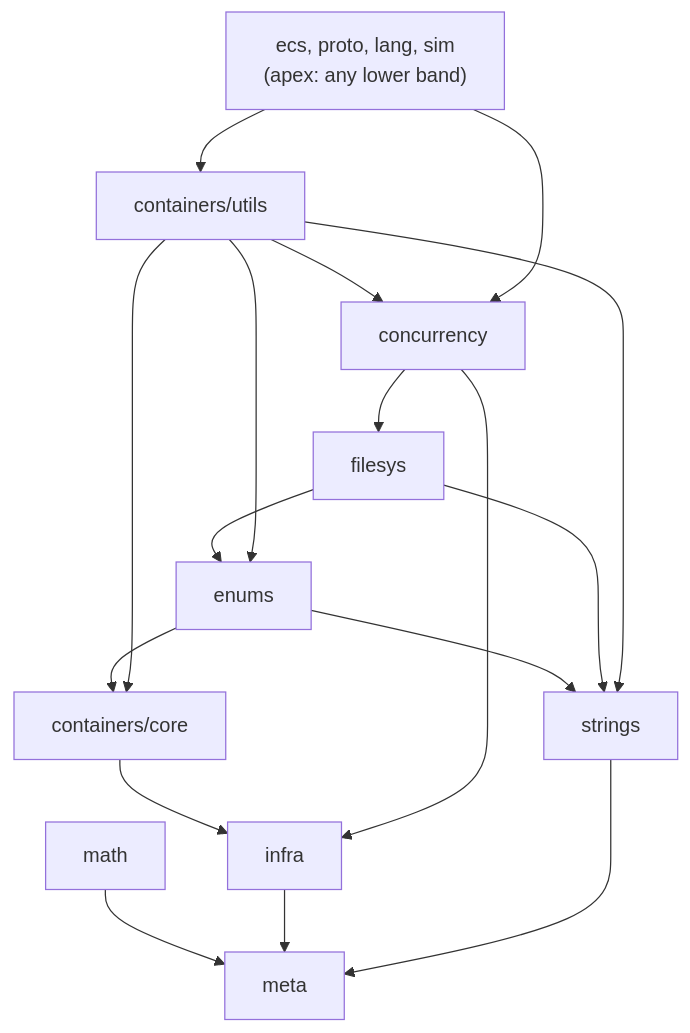
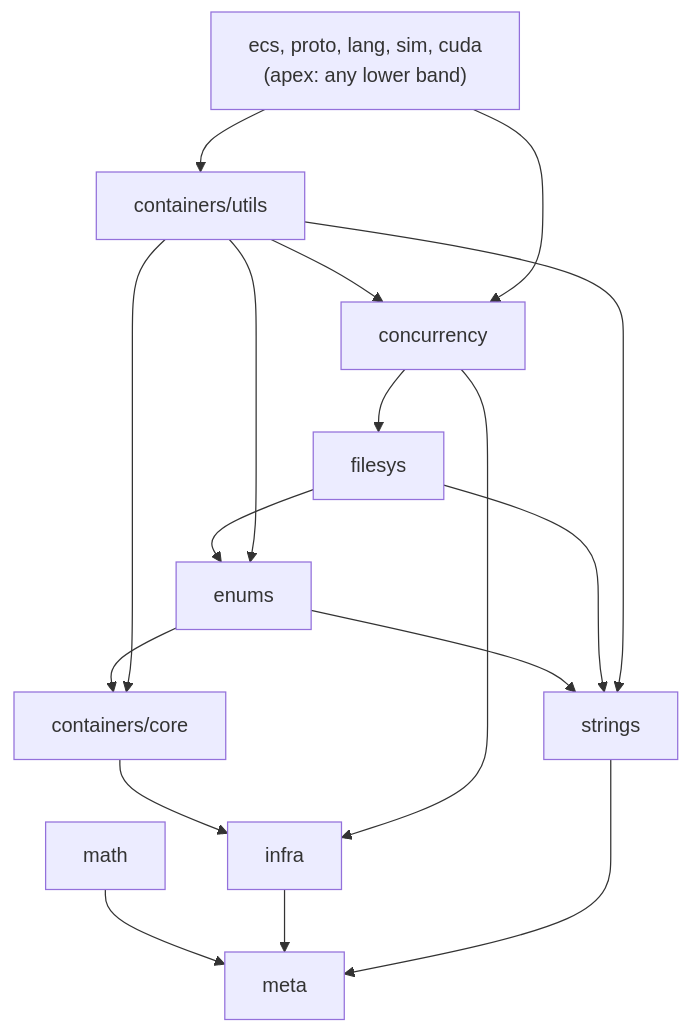
The diagram in corvid/deps.md (stevensudit/Corvid), drawn with Mermaid before and after one commit. The commit also changed other lines of this file and 11 other files, not shown here.

````diff
--- a/corvid/deps.md
+++ b/corvid/deps.md
@@ -125,30 +135,30 @@
 ```mermaid
 graph TD
     meta[meta]
     math[math]
     infra[infra]
     strings[strings]
     containers_core["containers/core"]
     enums[enums]
     filesys[filesys]
     concurrency[concurrency]
     containers_utils["containers/utils"]
-    apex["ecs, proto, lang, sim<br/>(apex: any lower band)"]
+    apex["ecs, proto, lang, sim, cuda<br/>(apex: any lower band)"]
 
     math --> meta
     infra --> meta
     strings --> meta
     containers_core --> infra
     enums --> strings
     enums --> containers_core
     filesys --> strings
     filesys --> enums
     concurrency --> infra
     concurrency --> filesys
     containers_utils --> containers_core
     containers_utils --> strings
     containers_utils --> enums
     containers_utils --> concurrency
     apex --> containers_utils
     apex --> concurrency
 ```
````
